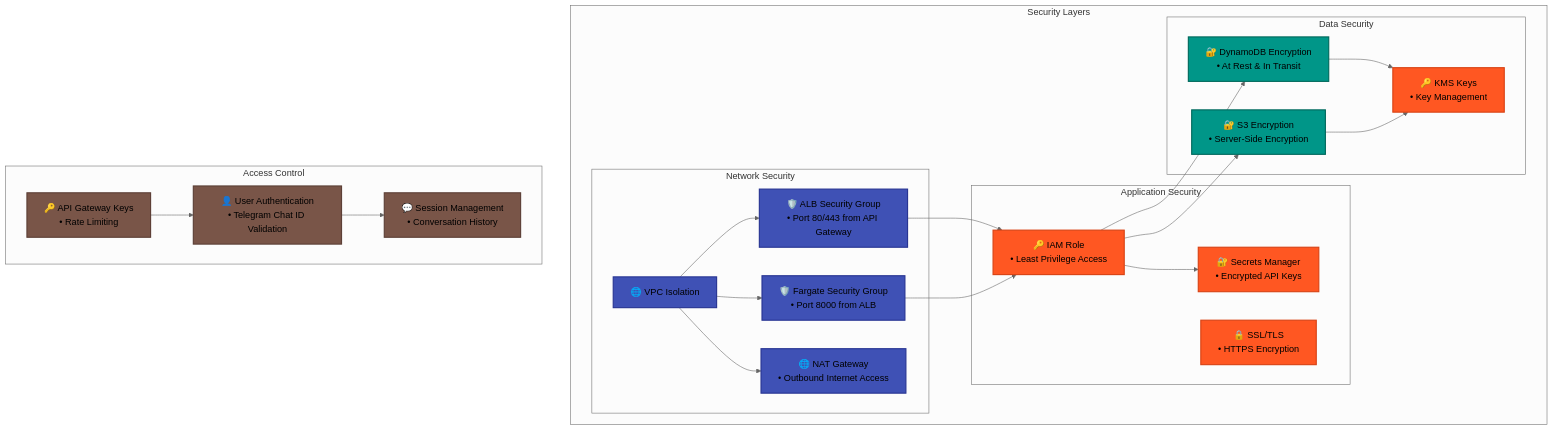
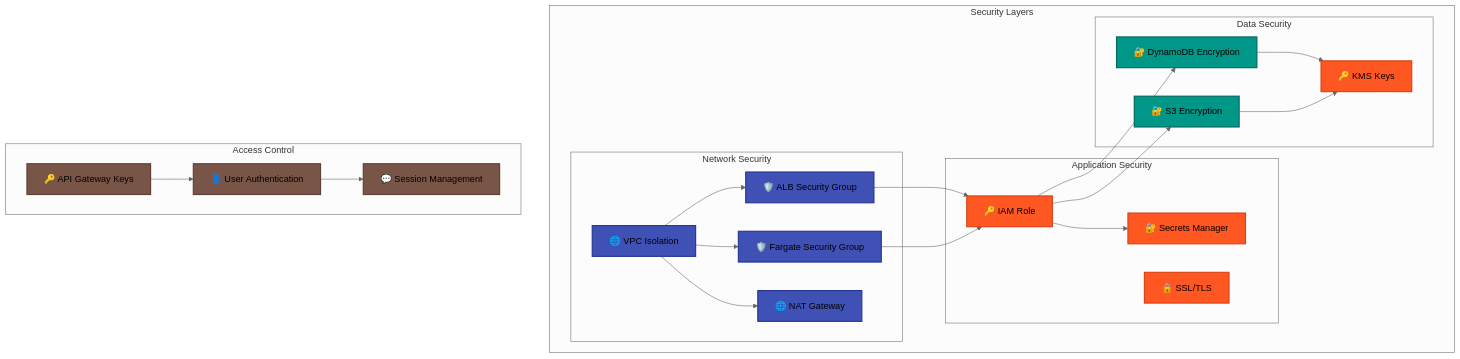
Before and after one commit to OurMultiverseOfMadness/Ctrl-Alt-Heal: the fourth of 5 diagrams in docs/architecture-diagram.md, drawn with Mermaid (neutral theme). The commit also changed other lines of this file and 3 other files, not shown here.

First line of the commit message:
fix: Resolve Mermaid diagram rendering issues across documentation

````diff
--- a/docs/architecture-diagram.md
+++ b/docs/architecture-diagram.md
@@ -239,58 +136,58 @@
 ```mermaid
 graph TB
     subgraph "Security Layers"
         subgraph "Network Security"
-            VPC[🌐 VPC Isolation]
-            SG_ALB[🛡️ ALB Security Group<br/>• Port 80/443 from API Gateway]
-            SG_Fargate[🛡️ Fargate Security Group<br/>• Port 8000 from ALB]
-            NAT[🌐 NAT Gateway<br/>• Outbound Internet Access]
+            VPC["🌐 VPC Isolation"]
+            SG_ALB["🛡️ ALB Security Group"]
+            SG_Fargate["🛡️ Fargate Security Group"]
+            NAT["🌐 NAT Gateway"]
         end
 
         subgraph "Application Security"
-            IAM_Role[🔑 IAM Role<br/>• Least Privilege Access]
-            Secrets[🔐 Secrets Manager<br/>• Encrypted API Keys]
-            SSL[🔒 SSL/TLS<br/>• HTTPS Encryption]
+            IAM_Role["🔑 IAM Role"]
+            Secrets["🔐 Secrets Manager"]
+            SSL["🔒 SSL/TLS"]
         end
 
         subgraph "Data Security"
-            DDB_Encryption[🔐 DynamoDB Encryption<br/>• At Rest & In Transit]
-            S3_Encryption[🔐 S3 Encryption<br/>• Server-Side Encryption]
-            KMS[🔑 KMS Keys<br/>• Key Management]
+            DDB_Encryption["🔐 DynamoDB Encryption"]
+            S3_Encryption["🔐 S3 Encryption"]
+            KMS["🔑 KMS Keys"]
         end
     end
 
     subgraph "Access Control"
-        API_Key[🔑 API Gateway Keys<br/>• Rate Limiting]
-        User_Auth[👤 User Authentication<br/>• Telegram Chat ID Validation]
-        Session_Mgmt[💬 Session Management<br/>• Conversation History]
+        API_Key["🔑 API Gateway Keys"]
+        User_Auth["👤 User Authentication"]
+        Session_Mgmt["💬 Session Management"]
     end
 
     %% Connections
     VPC --> SG_ALB
     VPC --> SG_Fargate
     VPC --> NAT
 
     SG_ALB --> IAM_Role
     SG_Fargate --> IAM_Role
 
     IAM_Role --> Secrets
     IAM_Role --> DDB_Encryption
     IAM_Role --> S3_Encryption
 
     DDB_Encryption --> KMS
     S3_Encryption --> KMS
 
     API_Key --> User_Auth
     User_Auth --> Session_Mgmt
 
     %% Styling
     classDef security fill:#ff5722,stroke:#d84315,stroke-width:2px
     classDef network fill:#3f51b5,stroke:#283593,stroke-width:2px
     classDef data fill:#009688,stroke:#00695c,stroke-width:2px
     classDef access fill:#795548,stroke:#5d4037,stroke-width:2px
 
     class IAM_Role,Secrets,SSL,KMS security
     class VPC,SG_ALB,SG_Fargate,NAT network
     class DDB_Encryption,S3_Encryption data
     class API_Key,User_Auth,Session_Mgmt access
 ```
````
